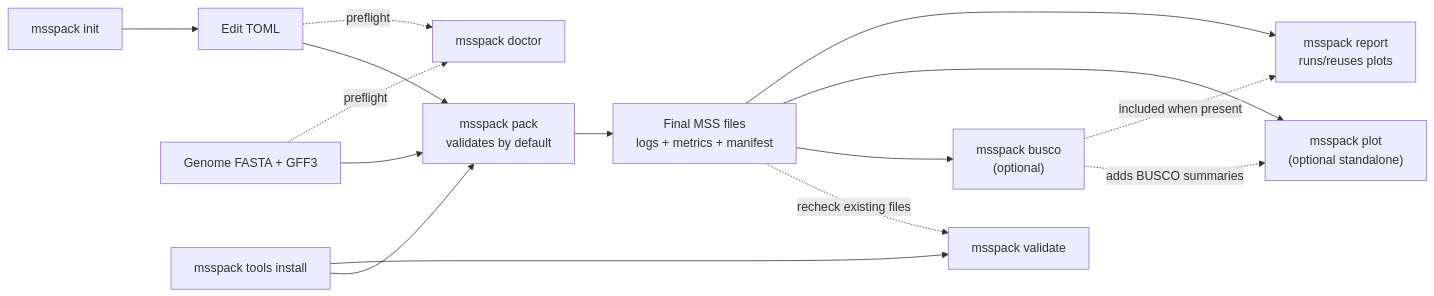
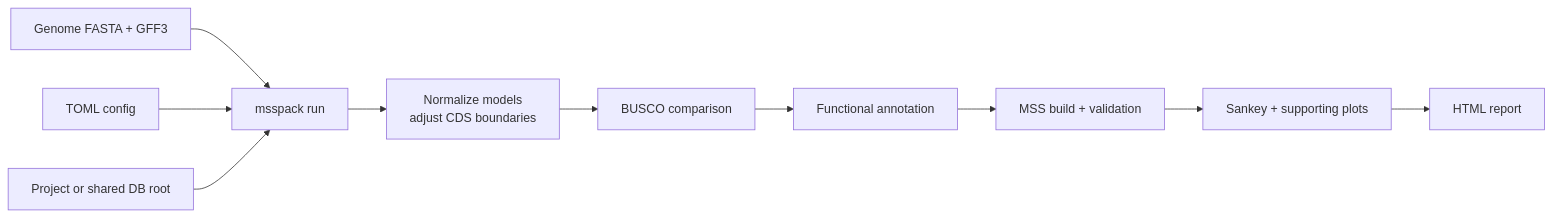
Before and after one commit to kfuku52/msspack: the diagram in README.md, drawn with Mermaid. The commit also changed other lines of this file and 27 other files, not shown here.

````diff
--- a/README.md
+++ b/README.md
@@ -147,17 +149,12 @@
 ```mermaid
 flowchart LR
-  Init["msspack init"] --> Config["Edit TOML"]
-  Config --> Pack["msspack pack<br/>validates by default"]
-  Inputs["Genome FASTA + GFF3"] --> Pack
-  Install["msspack tools install"] --> Pack
-  Config -. preflight .-> Doctor["msspack doctor"]
-  Inputs -. preflight .-> Doctor
-  Pack --> Build["Final MSS files<br/>logs + metrics + manifest"]
-  Build -. recheck existing files .-> Validate["msspack validate"]
-  Install --> Validate
-  Build --> Busco["msspack busco<br/>(optional)"]
-  Build --> Plot["msspack plot<br/>(optional standalone)"]
-  Busco -. adds BUSCO summaries .-> Plot
-  Build --> Report["msspack report<br/>runs/reuses plots"]
-  Busco -. included when present .-> Report
+  Inputs["Genome FASTA + GFF3"] --> Run["msspack run"]
+  Config["TOML config"] --> Run
+  DB["Project or shared DB root"] --> Run
+  Run --> Prepare["Normalize models<br/>adjust CDS boundaries"]
+  Prepare --> Busco["BUSCO comparison"]
+  Busco --> Annotate["Functional annotation"]
+  Annotate --> MSS["MSS build + validation"]
+  MSS --> Plot["Sankey + supporting plots"]
+  Plot --> Report["HTML report"]
 ```
````
